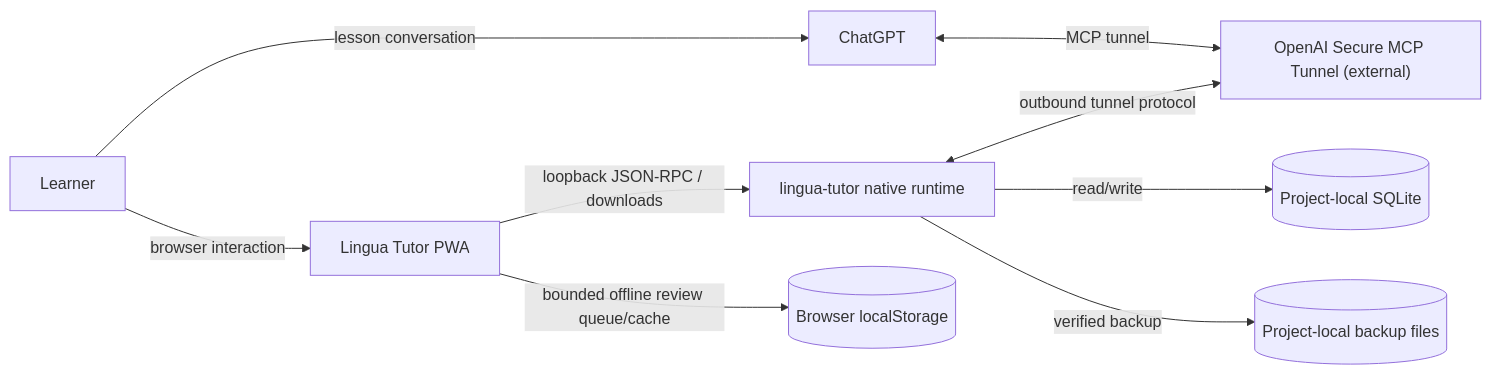
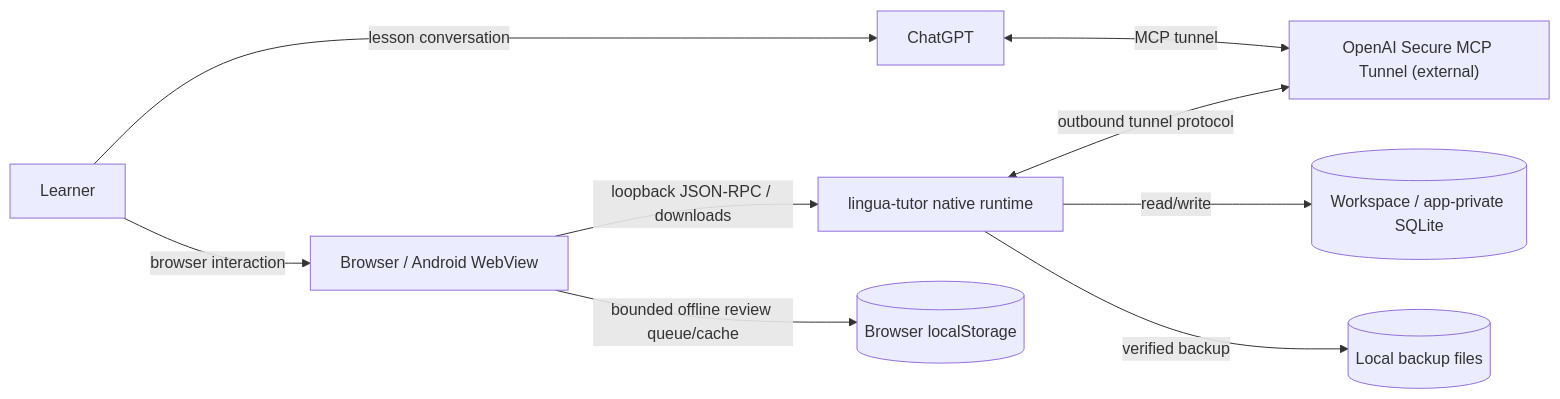
Before and after one commit to agredyaev/lingua-tutor: the first of 4 diagrams in docs/dod-preflight.md, drawn with Mermaid. The commit also changed other lines of this file and 14 other files, not shown here.

Commit message:
docs: align runtime and specifications with Android packaging

````diff
--- a/docs/dod-preflight.md
+++ b/docs/dod-preflight.md
@@ -9,11 +7,11 @@
 ```mermaid
 flowchart LR
-  Learner["Learner"] -->|browser interaction| Browser["Lingua Tutor PWA"]
+  Learner["Learner"] -->|browser interaction| Browser["Browser / Android WebView"]
   Learner -->|lesson conversation| ChatGPT["ChatGPT"]
   ChatGPT <-->|MCP tunnel| OpenAI["OpenAI Secure MCP Tunnel (external)"]
   Browser -->|loopback JSON-RPC / downloads| Runtime["lingua-tutor native runtime"]
   Runtime <-->|outbound tunnel protocol| OpenAI
-  Runtime -->|read/write| SQLite[("Project-local SQLite")]
+  Runtime -->|read/write| SQLite[("Workspace / app-private SQLite")]
   Browser -->|bounded offline review queue/cache| LocalStorage[("Browser localStorage")]
-  Runtime -->|verified backup| Backup[("Project-local backup files")]
+  Runtime -->|verified backup| Backup[("Local backup files")]
 ```
````
